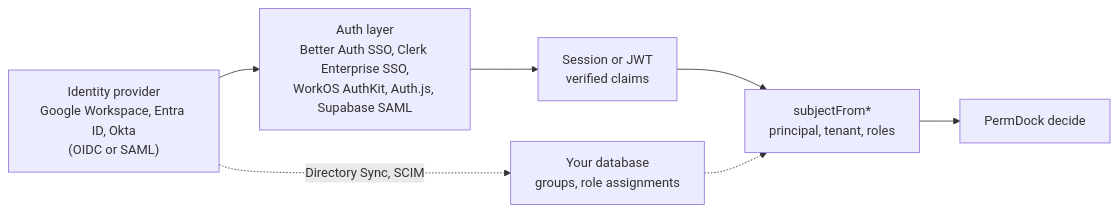
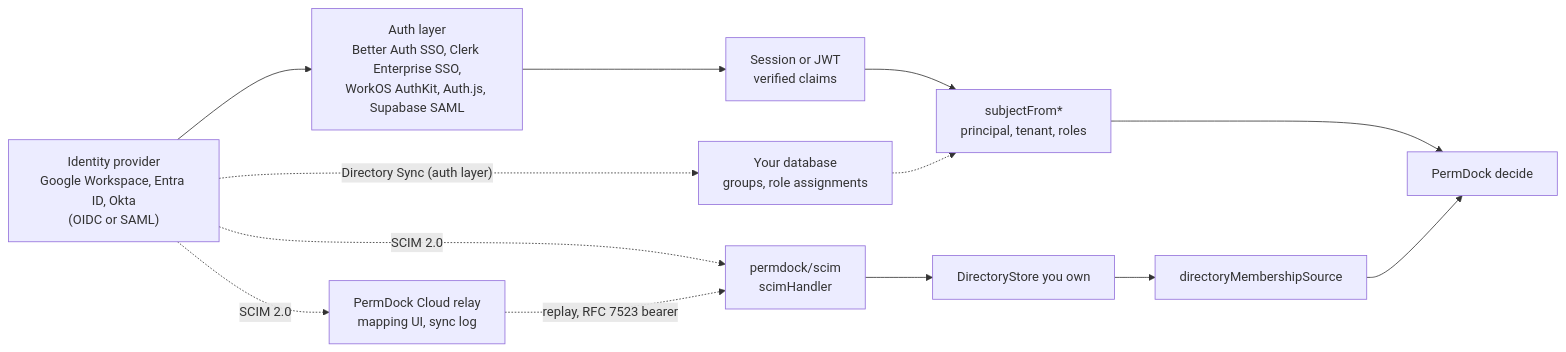
The second of 2 diagrams in apps/docs/content/docs/concepts/authentication.mdx (ScaleDockHQ/permdock), drawn with Mermaid before and after one commit. The commit also changed other lines of this file and 24 other files, not shown here.

Commit message:
feat: more roadmap and docs

````diff
--- a/apps/docs/content/docs/concepts/authentication.mdx
+++ b/apps/docs/content/docs/concepts/authentication.mdx
@@ -94,6 +94,8 @@
 ```mermaid
 flowchart LR
   IdP["Identity provider<br/>Google Workspace, Entra ID, Okta<br/>(OIDC or SAML)"] --> Auth["Auth layer<br/>Better Auth SSO, Clerk Enterprise SSO,<br/>WorkOS AuthKit, Auth.js, Supabase SAML"]
   Auth --> Token["Session or JWT<br/>verified claims"] --> Map["subjectFrom*<br/>principal, tenant, roles"] --> Core["PermDock decide"]
-  IdP -.->|"Directory Sync, SCIM"| Dir["Your database<br/>groups, role assignments"] -.-> Map
+  IdP -.->|"Directory Sync (auth layer)"| Dir["Your database<br/>groups, role assignments"] -.-> Map
+  IdP -.->|"SCIM 2.0"| Scim["permdock/scim<br/>scimHandler"] --> Store["DirectoryStore you own"] --> Src["directoryMembershipSource"] --> Core
+  IdP -.->|"SCIM 2.0"| Relay["PermDock Cloud relay<br/>mapping UI, sync log"] -.->|"replay, RFC 7523 bearer"| Scim
 ```
````
